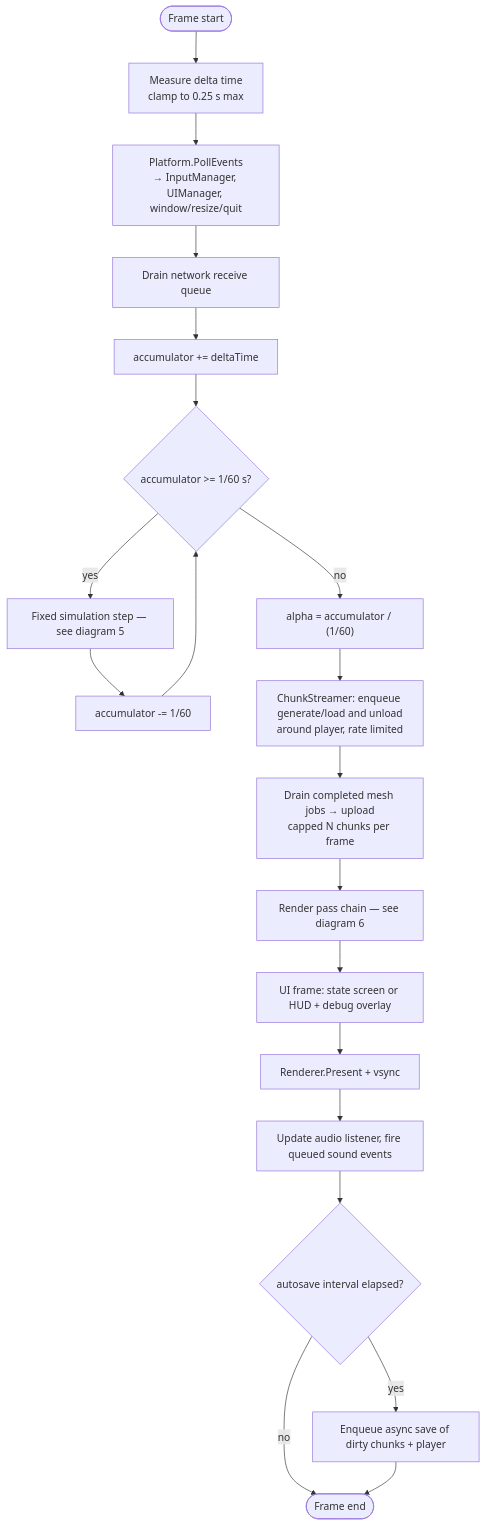
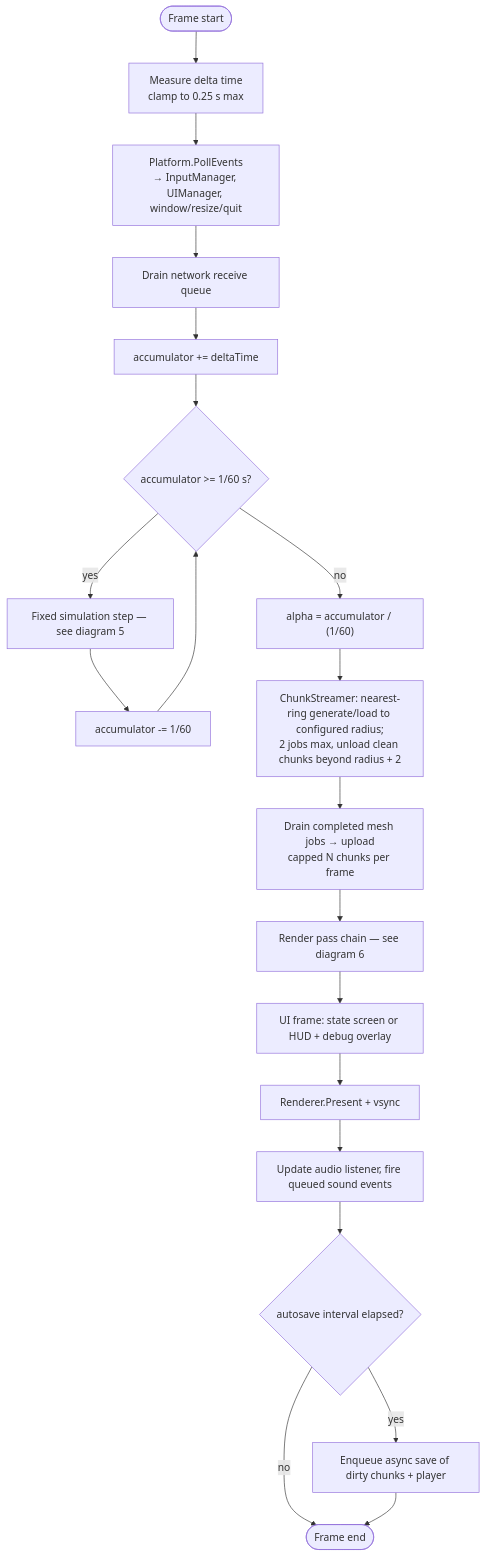
The fourth of 15 diagrams in DIAGRAMS.md (GoGurtPrime/voxels), drawn with Mermaid before and after one commit. The commit also changed 18 other files, not shown here.

````diff
--- a/DIAGRAMS.md
+++ b/DIAGRAMS.md
@@ -188,24 +188,24 @@
 ```mermaid
 flowchart TD
     START([Frame start]) --> DT["Measure delta time<br/>clamp to 0.25 s max"]
     DT --> POLL["Platform.PollEvents<br/>→ InputManager, UIManager, window/resize/quit"]
     POLL --> NETRX["Drain network receive queue"]
     NETRX --> ACC["accumulator += deltaTime"]
 
     ACC --> CHECK{"accumulator >= 1/60 s?"}
     CHECK -- yes --> SIM["Fixed simulation step — see diagram 5"]
     SIM --> DEC["accumulator -= 1/60"]
     DEC --> CHECK
     CHECK -- no --> ALPHA["alpha = accumulator / (1/60)"]
 
-    ALPHA --> STREAM["ChunkStreamer: enqueue generate/load and unload<br/>around player, rate limited"]
+    ALPHA --> STREAM["ChunkStreamer: nearest-ring generate/load to configured radius;<br/>2 jobs max, unload clean chunks beyond radius + 2"]
     STREAM --> MESHQ["Drain completed mesh jobs → upload<br/>capped N chunks per frame"]
     MESHQ --> RENDER["Render pass chain — see diagram 6"]
     RENDER --> UIP["UI frame: state screen or HUD + debug overlay"]
     UIP --> PRESENT["Renderer.Present + vsync"]
     PRESENT --> AUDIO["Update audio listener, fire queued sound events"]
     AUDIO --> AUTOSAVE{"autosave interval elapsed?"}
     AUTOSAVE -- yes --> SAVEJOB["Enqueue async save of dirty chunks + player"]
     AUTOSAVE -- no --> END
     SAVEJOB --> END([Frame end])
 ```
````
